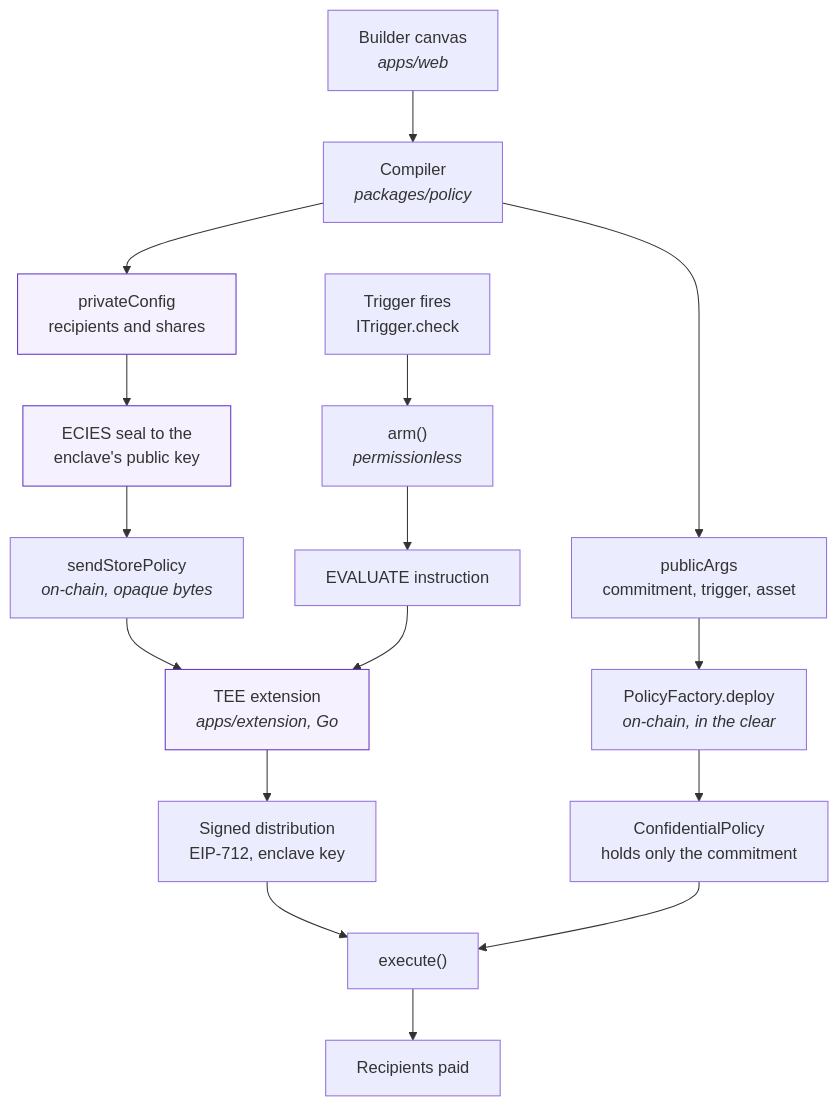
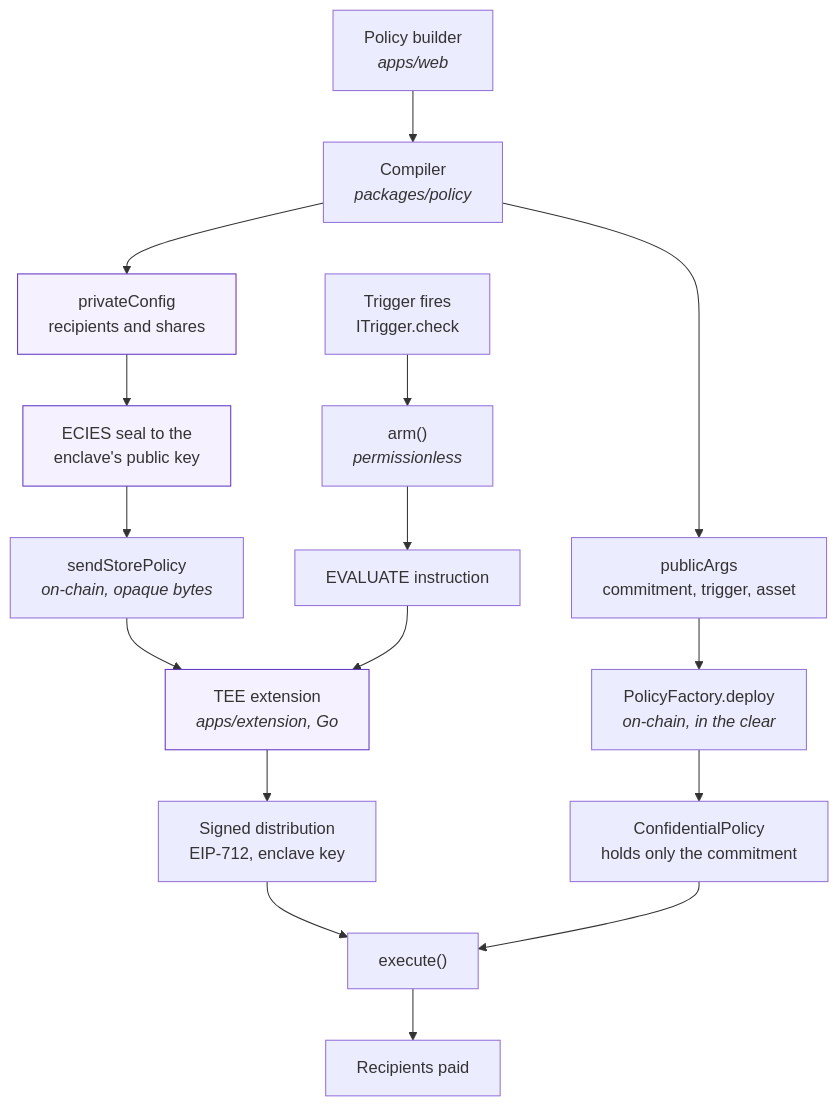
Before and after one commit to thewoodfish/flare-studio: the diagram in README.md, drawn with Mermaid. The commit also changed other lines of this file and 8 other files, not shown here.

````diff
--- a/README.md
+++ b/README.md
@@ -209,25 +209,25 @@
 ```mermaid
 flowchart TD
-    A["Builder canvas<br/><i>apps/web</i>"] --> B["Compiler<br/><i>packages/policy</i>"]
+    A["Policy builder<br/><i>apps/web</i>"] --> B["Compiler<br/><i>packages/policy</i>"]
     B --> C["publicArgs<br/>commitment, trigger, asset"]
     B --> D["privateConfig<br/>recipients and shares"]
 
     C --> E["PolicyFactory.deploy<br/><i>on-chain, in the clear</i>"]
     D --> F["ECIES seal to the<br/>enclave's public key"]
     F --> G["sendStorePolicy<br/><i>on-chain, opaque bytes</i>"]
 
     E --> H["ConfidentialPolicy<br/>holds only the commitment"]
     G --> I["TEE extension<br/><i>apps/extension, Go</i>"]
 
     J["Trigger fires<br/>ITrigger.check"] --> K["arm()<br/><i>permissionless</i>"]
     K --> L["EVALUATE instruction"]
     L --> I
     I --> M["Signed distribution<br/>EIP-712, enclave key"]
     M --> N["execute()"]
     H --> N
     N --> O["Recipients paid"]
 
     style D fill:#f5f1fe,stroke:#6134c4
     style F fill:#f5f1fe,stroke:#6134c4
     style I fill:#f5f1fe,stroke:#6134c4
 ```
````
